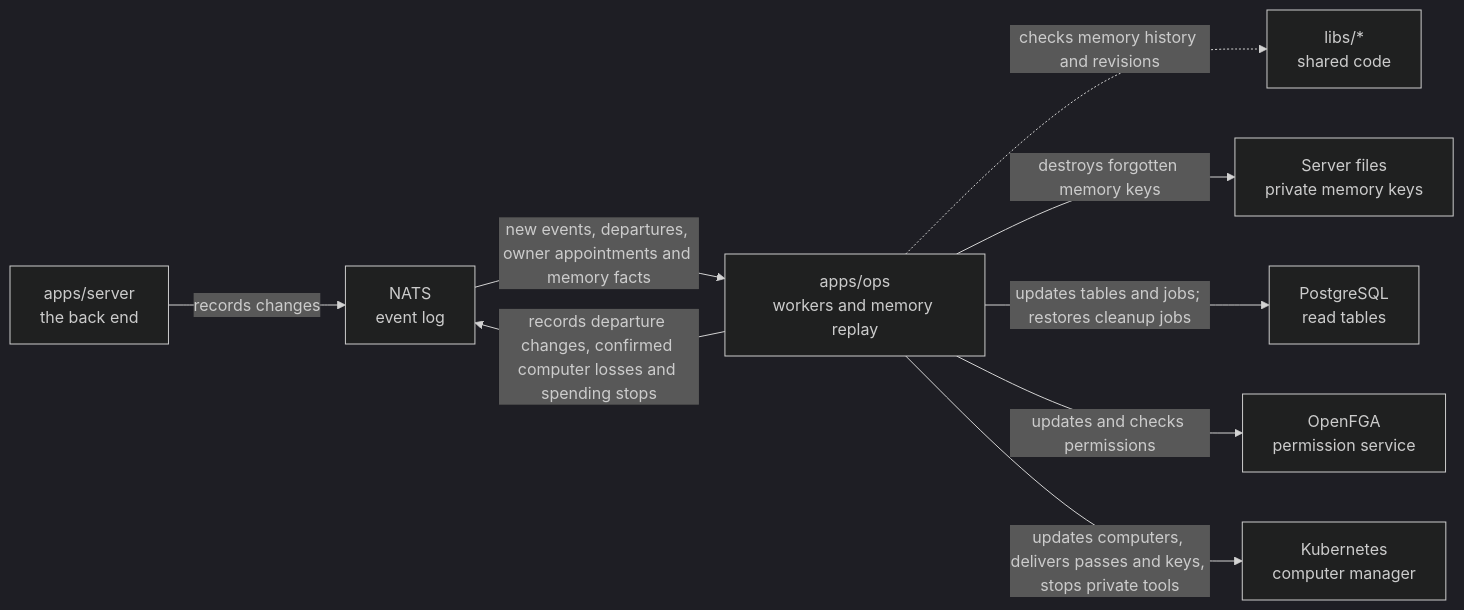
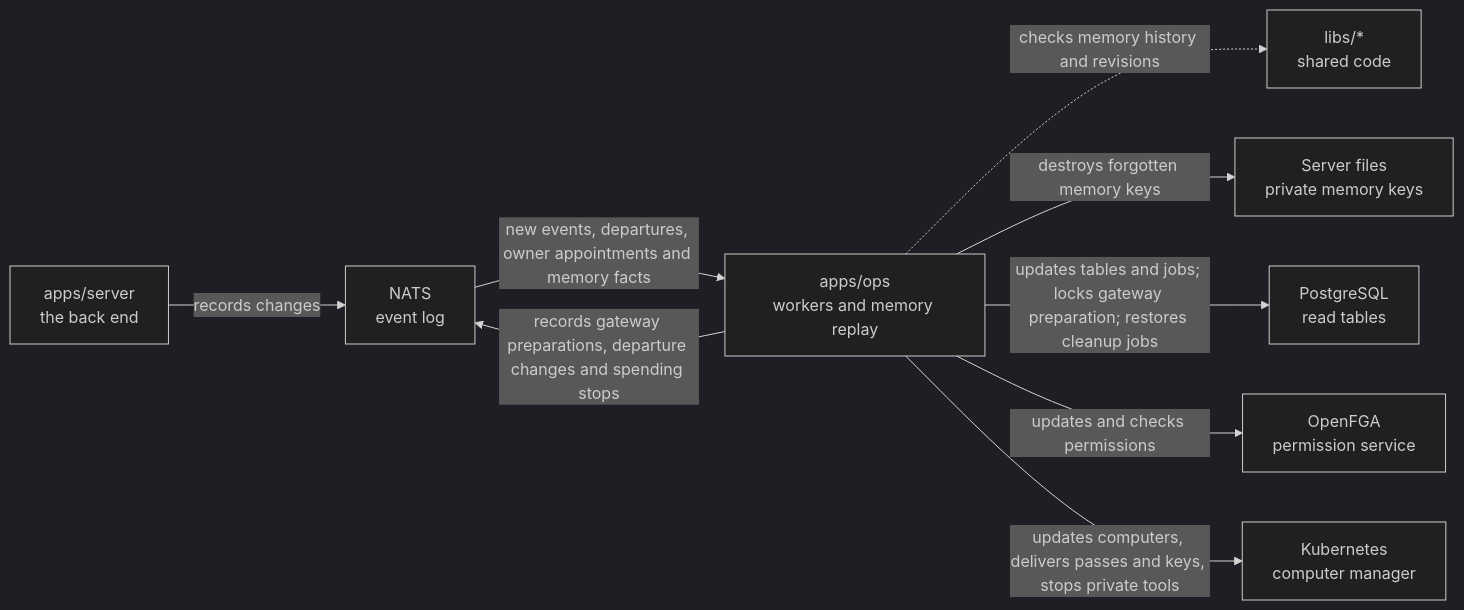
The diagram in apps/ops/README.md (elewa-git/opencrane-new), drawn with Mermaid (dark theme) before and after one commit. The commit also changed other lines of this file and 35 other files, not shown here.

````diff
--- a/apps/ops/README.md
+++ b/apps/ops/README.md
@@ -11,11 +11,11 @@
 ```mermaid
 flowchart LR
   server["apps/server<br/>the back end"] -->|records changes| nats["NATS<br/>event log"]
   nats -->|new events, departures, owner appointments and memory facts| ops["apps/ops<br/>workers and memory replay"]
-  ops -->|records departure changes, confirmed computer losses and spending stops| nats
+  ops -->|records gateway preparations, departure changes and spending stops| nats
   ops -.->|checks memory history and revisions| libs["libs/*<br/>shared code"]
   ops -->|destroys forgotten memory keys| keys["Server files<br/>private memory keys"]
-  ops -->|updates tables and jobs; restores cleanup jobs| postgres["PostgreSQL<br/>read tables"]
+  ops -->|updates tables and jobs; locks gateway preparation; restores cleanup jobs| postgres["PostgreSQL<br/>read tables"]
   ops -->|updates and checks permissions| fga["OpenFGA<br/>permission service"]
   ops -->|updates computers, delivers passes and keys, stops private tools| kube["Kubernetes<br/>computer manager"]
 ```
````
